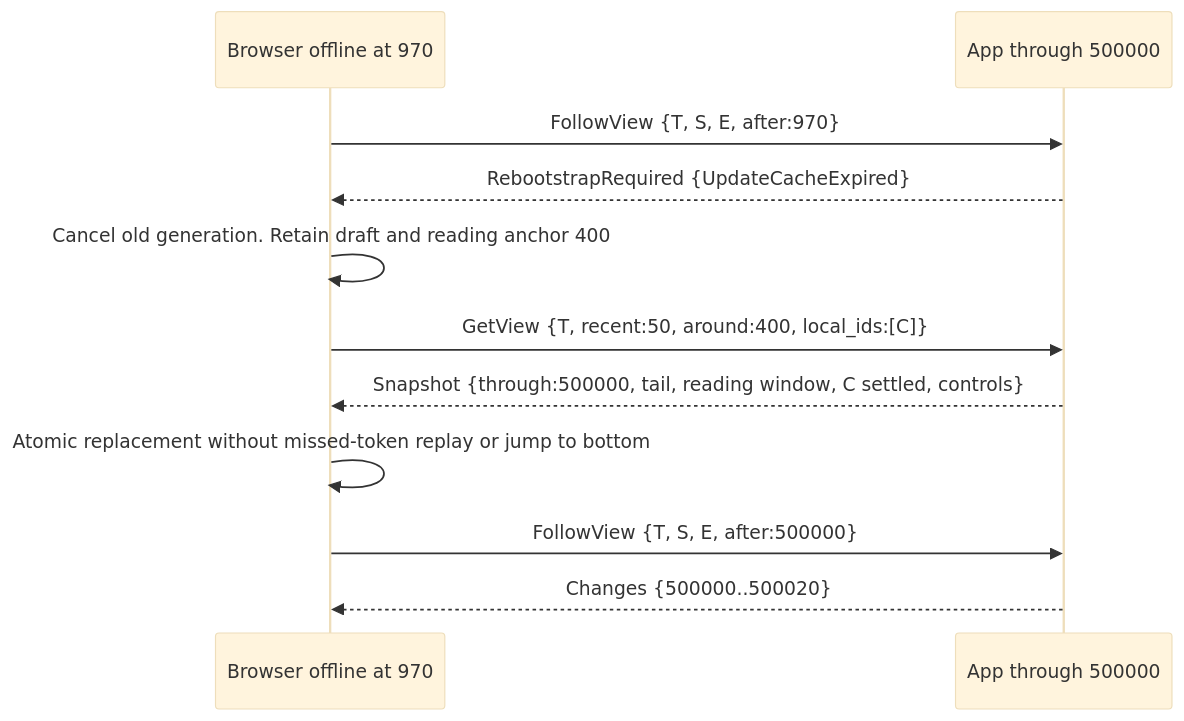
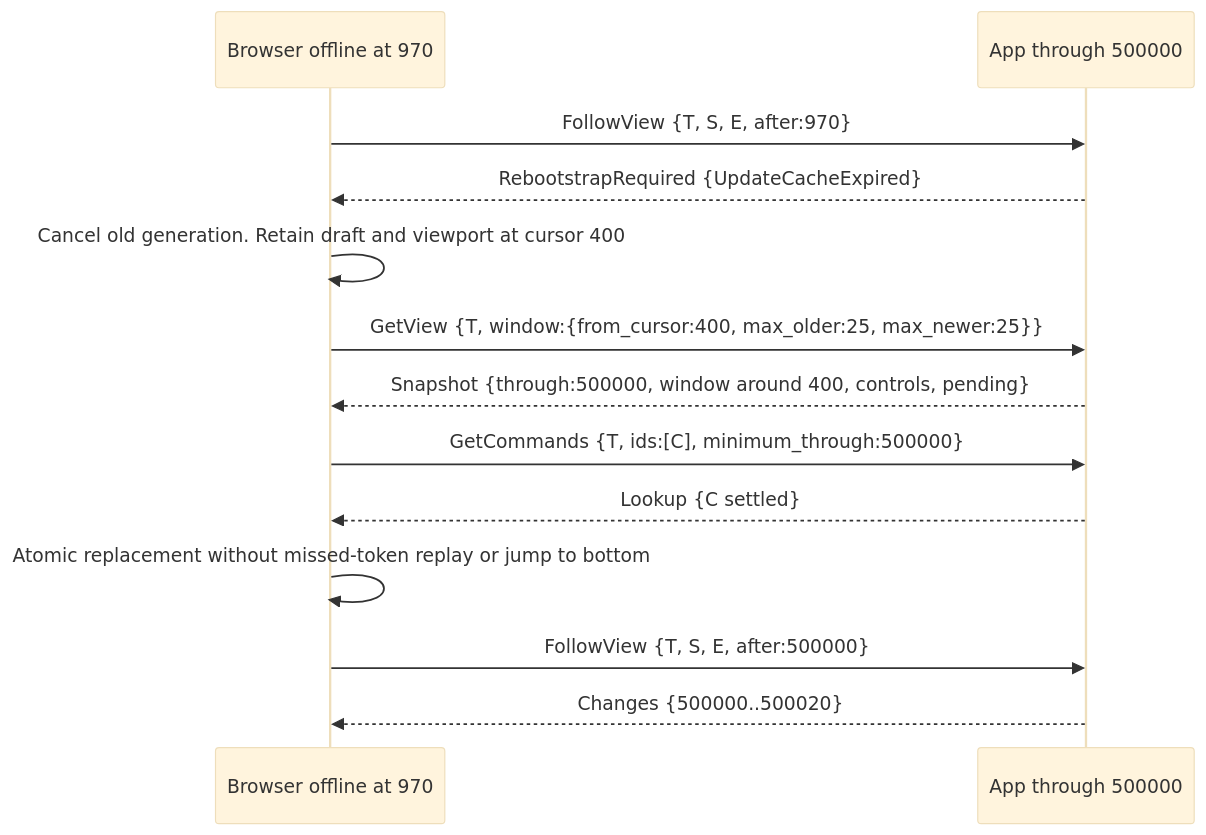
The second of 3 diagrams in agentplane/docs/thread_view_sync.md (agentydragon/ducktape), drawn with Mermaid (base theme) before and after one commit. The commit also changed other lines of this file, not shown here.

````diff
--- a/agentplane/docs/thread_view_sync.md
+++ b/agentplane/docs/thread_view_sync.md
@@ -474,13 +397,15 @@
 ```mermaid
 sequenceDiagram
     participant F as Browser offline at 970
     participant A as App through 500000
     F->>A: FollowView {T, S, E, after:970}
     A-->>F: RebootstrapRequired {UpdateCacheExpired}
-    F->>F: Cancel old generation. Retain draft and reading anchor 400
-    F->>A: GetView {T, recent:50, around:400, local_ids:[C]}
-    A-->>F: Snapshot {through:500000, tail, reading window, C settled, controls}
+    F->>F: Cancel old generation. Retain draft and viewport at cursor 400
+    F->>A: GetView {T, window:{from_cursor:400, max_older:25, max_newer:25}}
+    A-->>F: Snapshot {through:500000, window around 400, controls, pending}
+    F->>A: GetCommands {T, ids:[C], minimum_through:500000}
+    A-->>F: Lookup {C settled}
     F->>F: Atomic replacement without missed-token replay or jump to bottom
     F->>A: FollowView {T, S, E, after:500000}
     A-->>F: Changes {500000..500020}
 ```
````
